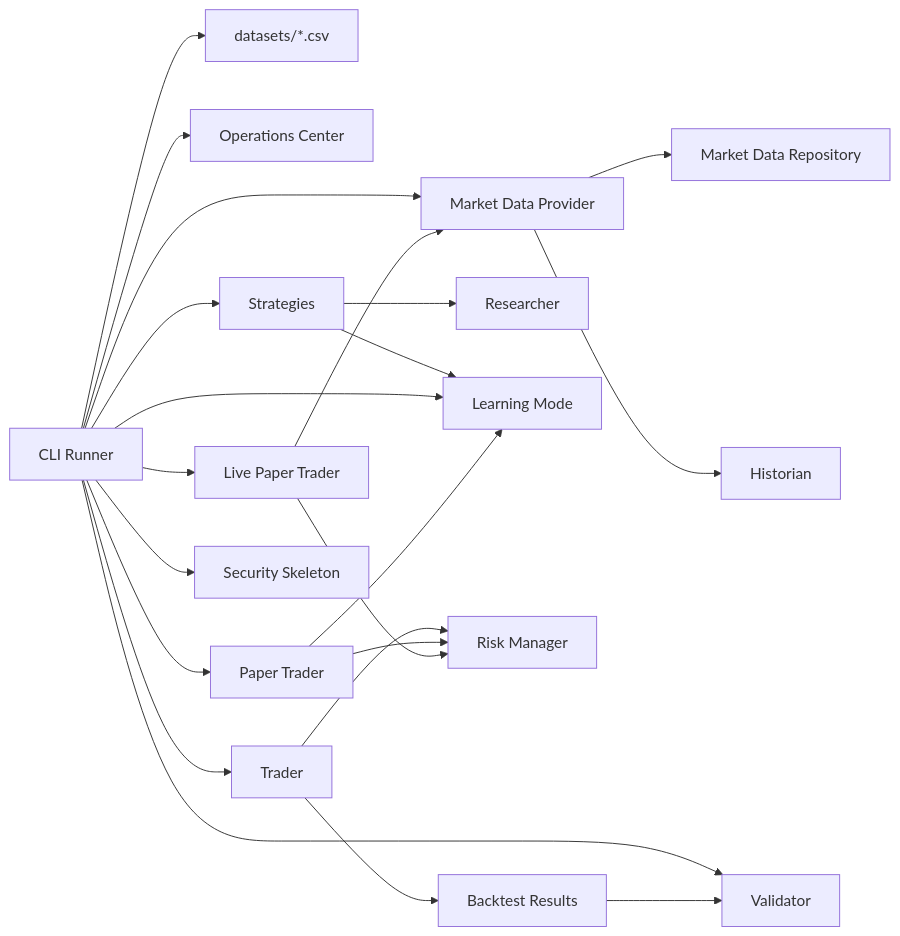
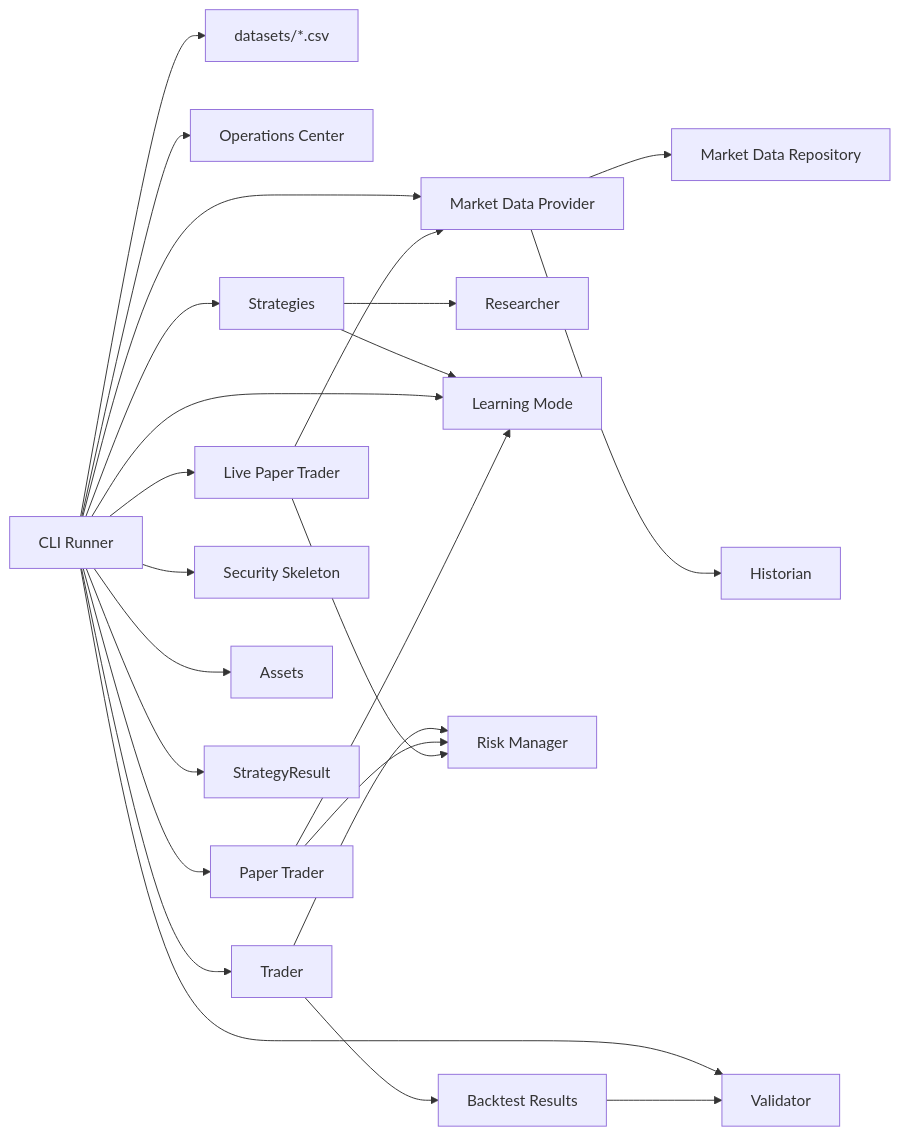
The diagram in ARCHITECTURE.md (lumenXV/PTB-1), drawn with Mermaid before and after one commit. The commit also changed other lines of this file and 6 other files, not shown here.

````diff
--- a/ARCHITECTURE.md
+++ b/ARCHITECTURE.md
@@ -15,24 +15,26 @@
 ```mermaid
 flowchart LR
     CLI["CLI Runner"] --> DatasetFiles["datasets/*.csv"]
     CLI --> Operations["Operations Center"]
     CLI --> MarketData["Market Data Provider"]
     MarketData --> MarketRepo["Market Data Repository"]
     MarketData --> Historian["Historian"]
     CLI --> Strategies["Strategies"]
     Strategies --> Researcher["Researcher"]
     Strategies --> Learning["Learning Mode"]
     CLI --> Learning
     CLI --> Trader["Trader"]
     CLI --> Paper["Paper Trader"]
     CLI --> LivePaper["Live Paper Trader"]
     CLI --> Security["Security Skeleton"]
+    CLI --> Assets["Assets"]
+    CLI --> StrategyResult["StrategyResult"]
     Trader --> RiskManager["Risk Manager"]
     Paper --> RiskManager
     LivePaper --> RiskManager
     LivePaper --> MarketData
     Paper --> Learning
     Trader --> Result["Backtest Results"]
     CLI --> Validator["Validator"]
     Result --> Validator
 ```
````
